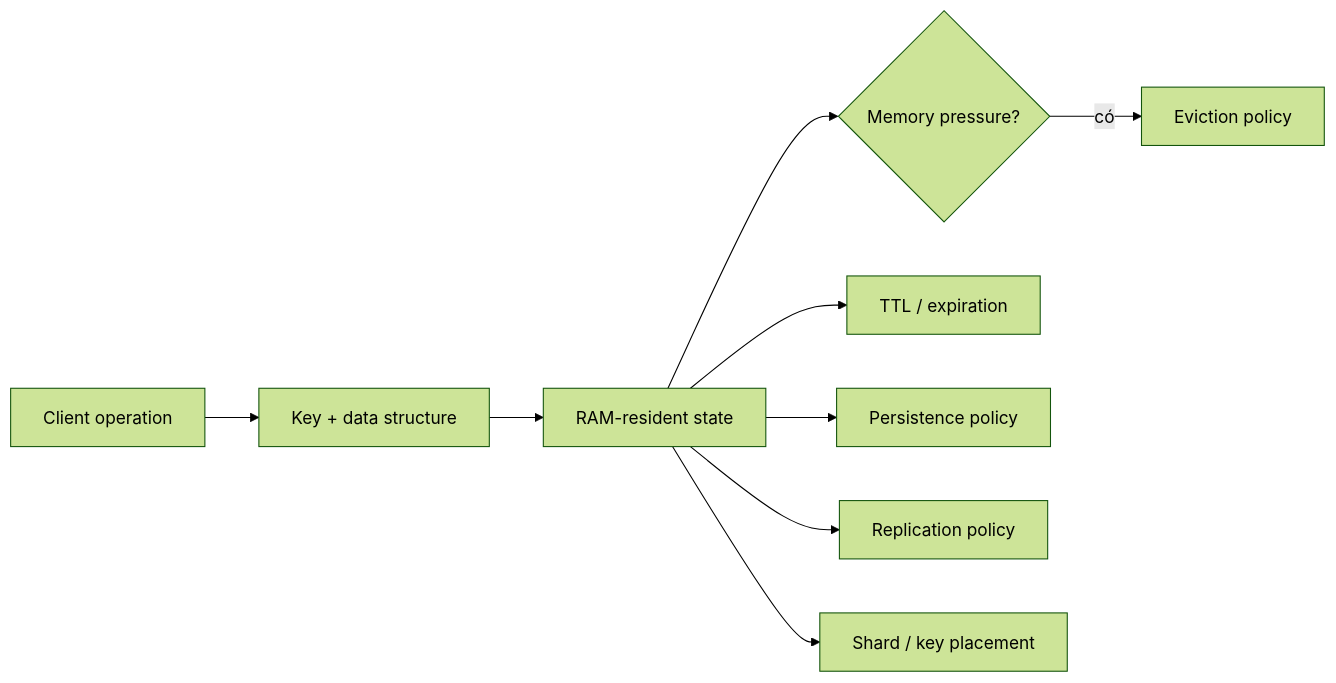
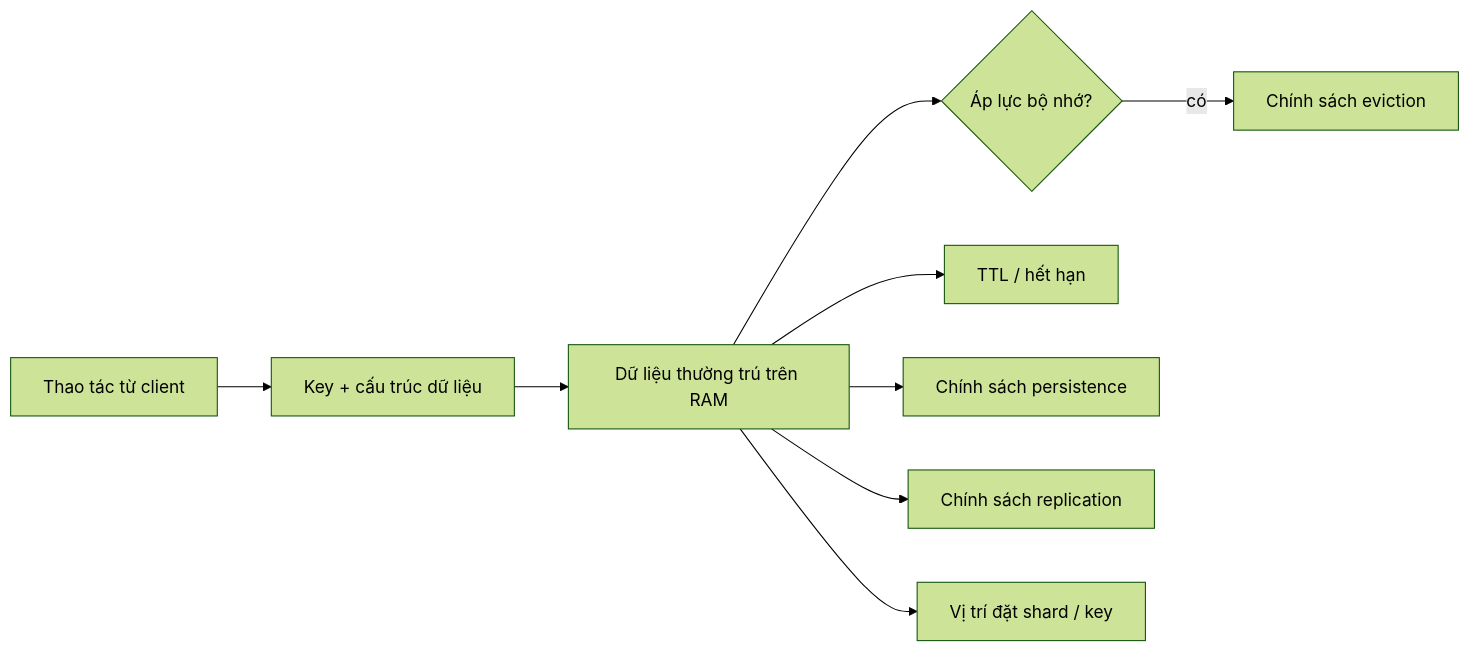
The first of 4 diagrams in content/docs/data-systems/in-memory-data-stores.vi.mdx (thucne/software-development-atlas), drawn with Mermaid (forest theme) before and after one commit. The commit also changed other lines of this file and 133 other files, not shown here.

````diff
--- a/content/docs/data-systems/in-memory-data-stores.vi.mdx
+++ b/content/docs/data-systems/in-memory-data-stores.vi.mdx
@@ -55,11 +59,11 @@
 ```mermaid
 flowchart LR
-  C[Client operation] --> K[Key + data structure]
-  K --> M[RAM-resident state]
-  M --> E{Memory pressure?}
-  E -->|có| V[Eviction policy]
-  M --> T[TTL / expiration]
-  M --> P[Persistence policy]
-  M --> R[Replication policy]
-  M --> S[Shard / key placement]
+  C[Thao tác từ client] --> K[Key + cấu trúc dữ liệu]
+  K --> M[Dữ liệu thường trú trên RAM]
+  M --> E{Áp lực bộ nhớ?}
+  E -->|có| V[Chính sách eviction]
+  M --> T[TTL / hết hạn]
+  M --> P[Chính sách persistence]
+  M --> R[Chính sách replication]
+  M --> S[Vị trí đặt shard / key]
 ```
````
